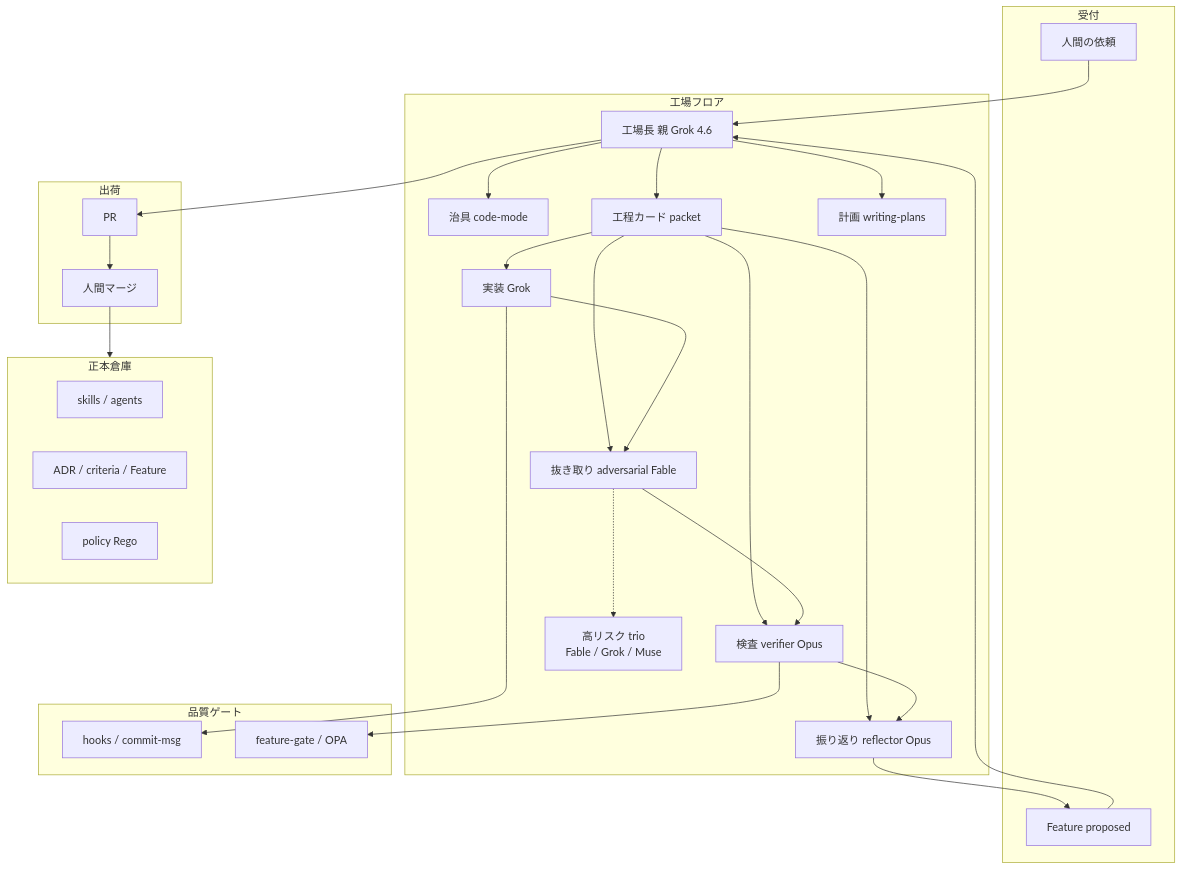
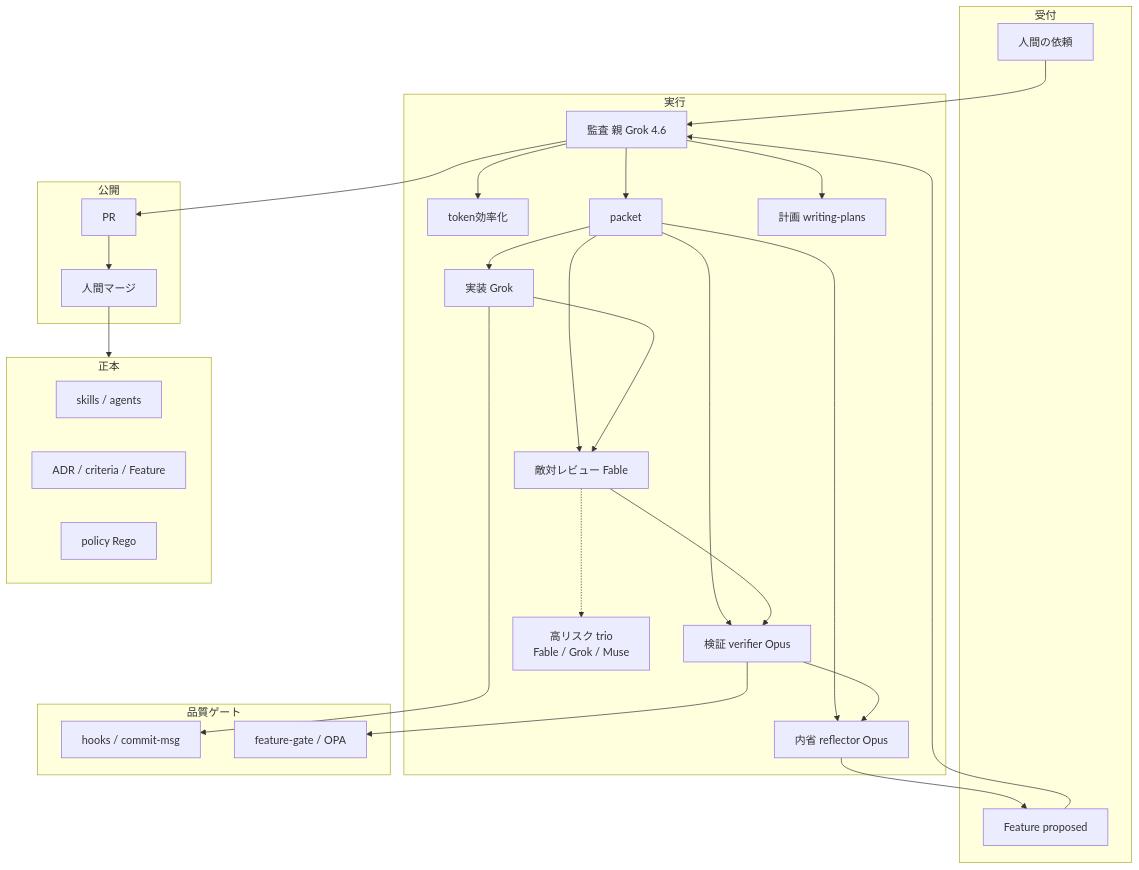
Before and after one commit to marumo333/cursor-harness: the first of 3 diagrams in README.md, drawn with Mermaid. The commit also changed other lines of this file and 6 other files, not shown here.

````diff
--- a/README.md
+++ b/README.md
@@ -51,55 +51,55 @@
 ```mermaid
 flowchart TB
   subgraph inbound["受付"]
     H["人間の依頼"]
     FE["Feature proposed"]
   end
 
-  subgraph plant["工場フロア"]
-    P["工場長 親 Grok 4.6"]
-    CM["治具 code-mode"]
-    PK["工程カード packet"]
+  subgraph plant["実行"]
+    P["監査 親 Grok 4.6"]
+    CM["token効率化"]
+    PK["packet"]
     PL["計画 writing-plans"]
     IM["実装 Grok"]
-    AR["抜き取り adversarial Fable"]
-    VR["検査 verifier Opus"]
-    RF["振り返り reflector Opus"]
+    AR["敵対レビュー Fable"]
+    VR["検証 verifier Opus"]
+    RF["内省 reflector Opus"]
     TR["高リスク trio<br/>Fable / Grok / Muse"]
   end
 
   subgraph qa["品質ゲート"]
     HK["hooks / commit-msg"]
     FG["feature-gate / OPA"]
   end
 
-  subgraph warehouse["正本倉庫"]
+  subgraph warehouse["正本"]
     SK["skills / agents"]
     AD["ADR / criteria / Feature"]
     PO["policy Rego"]
   end
 
-  subgraph ship["出荷"]
+  subgraph ship["公開"]
     PR["PR"]
     HM["人間マージ"]
   end
 
   H --> P
   FE --> P
   P --> CM
   P --> PK
   P --> PL
   PK --> IM
   PK --> AR
   PK --> VR
   PK --> RF
   IM --> HK
   IM --> AR
   AR --> VR
   VR --> RF
   AR -.-> TR
   VR --> FG
   RF --> FE
   P --> PR
   PR --> HM
   HM --> warehouse
 ```
````
